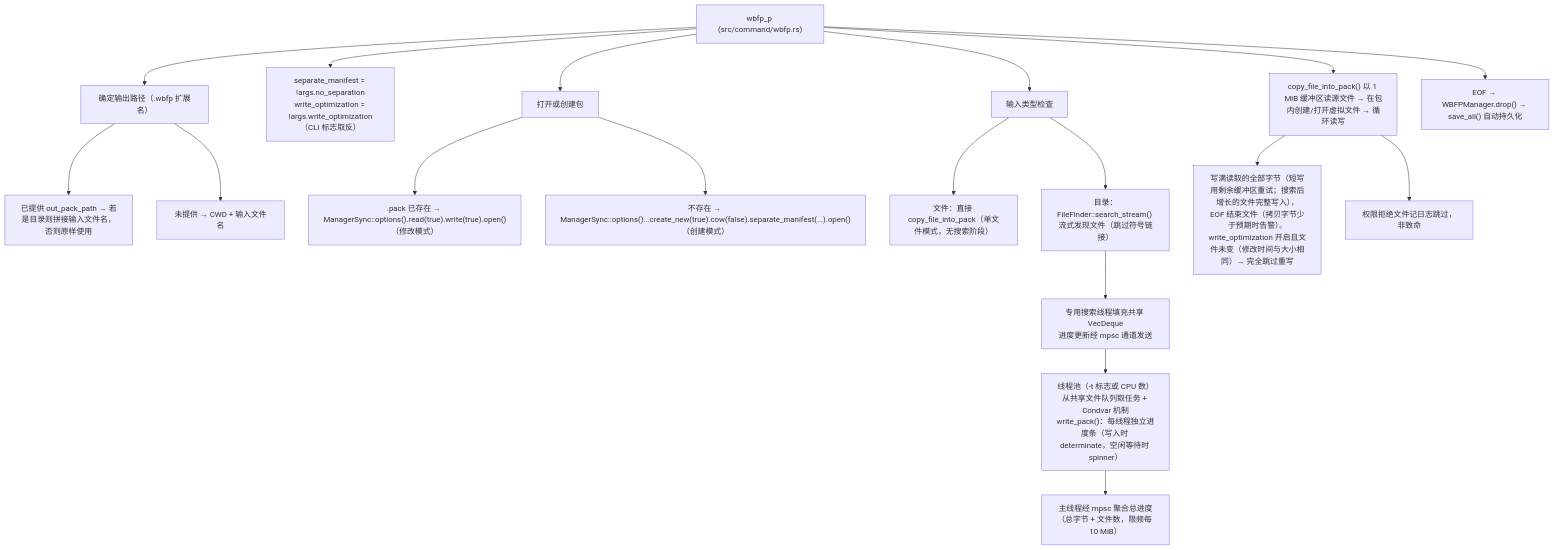
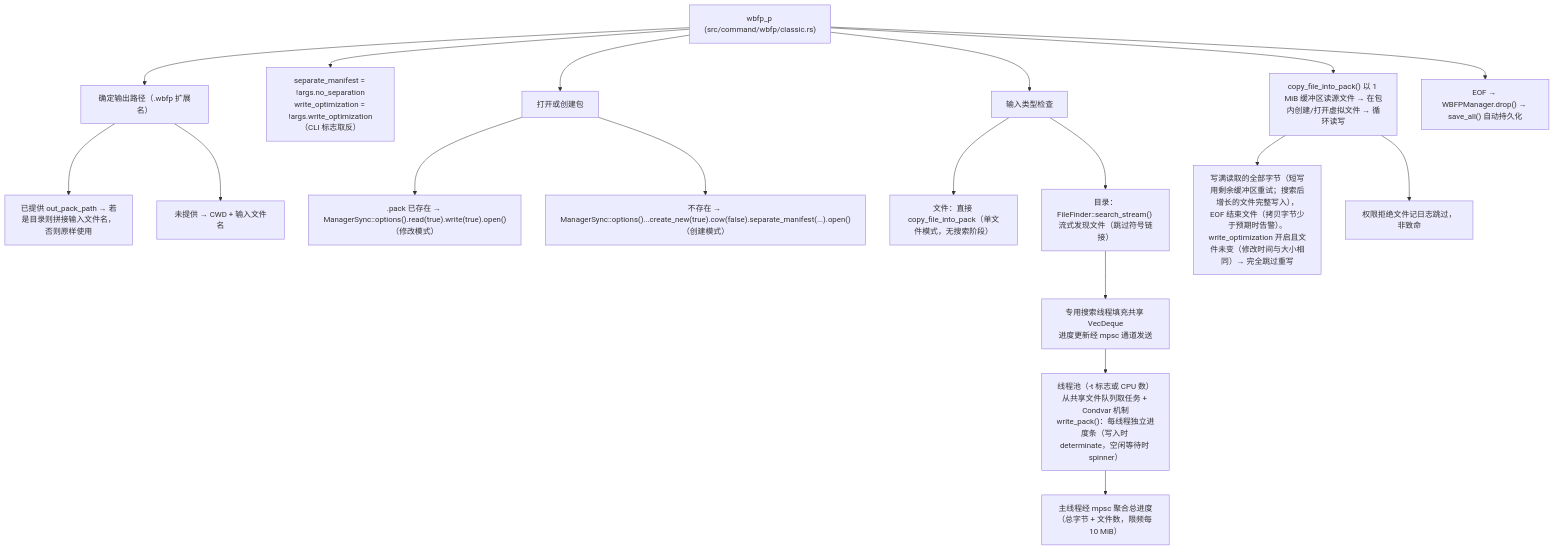
One commit to WaterBall20/water_ball_tool changed the fifth of 9 diagrams in docs/zh_CN/ARCHITECTURE.md. Above: the diagram before and after it, drawn with Mermaid. The commit also changed other lines of this file and 63 other files, not shown here.

````diff
--- a/docs/zh_CN/ARCHITECTURE.md
+++ b/docs/zh_CN/ARCHITECTURE.md
@@ -846,20 +894,20 @@
 ```mermaid
 flowchart TD
-    P["wbfp_p (src/command/wbfp.rs)"] --> D["确定输出路径（.wbfp 扩展名）"]
+    P["wbfp_p (src/command/wbfp/classic.rs)"] --> D["确定输出路径（.wbfp 扩展名）"]
     D --> D1["已提供 out_pack_path → 若是目录则拼接输入文件名，否则原样使用"]
     D --> D2["未提供 → CWD + 输入文件名"]
     P --> S["separate_manifest = !args.no_separation<br/>write_optimization = !args.write_optimization（CLI 标志取反）"]
     P --> O["打开或创建包"]
     O --> O1[".pack 已存在 → ManagerSync::options().read(true).write(true).open()（修改模式）"]
     O --> O2["不存在 → ManagerSync::options()...create_new(true).cow(false).separate_manifest(...).open()（创建模式）"]
     P --> I["输入类型检查"]
     I --> I1["文件：直接 copy_file_into_pack（单文件模式，无搜索阶段）"]
     I --> I2["目录：FileFinder::search_stream() 流式发现文件（跳过符号链接）"]
     I2 --> I3["专用搜索线程填充共享 VecDeque<br/>进度更新经 mpsc 通道发送"]
     I3 --> I4["线程池（-t 标志或 CPU 数）<br/>从共享文件队列取任务 + Condvar 机制<br/>write_pack()：每线程独立进度条（写入时 determinate，空闲等待时 spinner）"]
     I4 --> I5["主线程经 mpsc 聚合总进度（总字节 + 文件数，限频每 10 MiB）"]
     P --> C["copy_file_into_pack() 以 1 MiB 缓冲区读源文件 → 在包内创建/打开虚拟文件 → 循环读写"]
     C --> C1["写满读取的全部字节（短写用剩余缓冲区重试；搜索后增长的文件完整写入），EOF 结束文件（拷贝字节少于预期时告警）。write_optimization 开启且文件未变（修改时间与大小相同）→ 完全跳过重写"]
     C --> C2["权限拒绝文件记日志跳过，非致命"]
     P --> X["EOF → WBFPManager.drop() → save_all() 自动持久化"]
 ```
````
